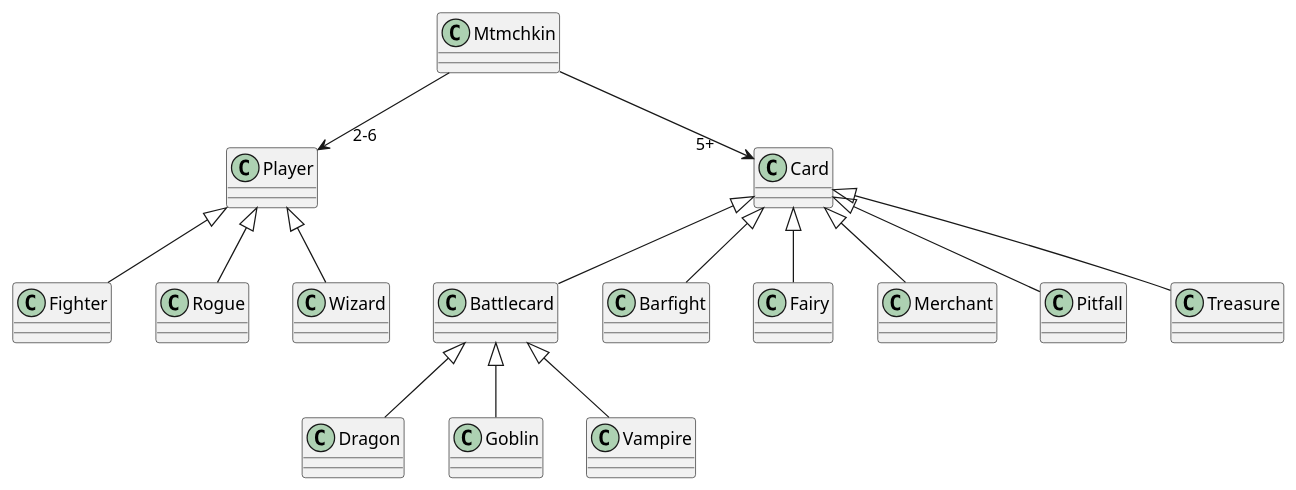
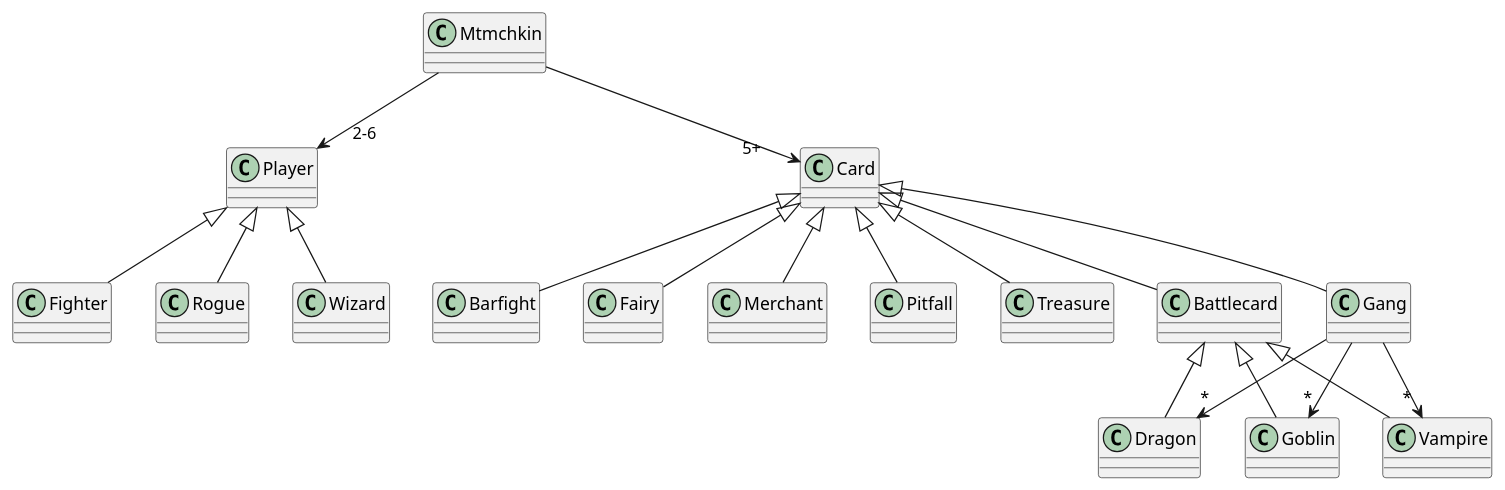
The diagram in uml.puml (KoploNadav/ex4), drawn with PlantUML before and after one commit. The commit also changed 2 other files, not shown here.

```diff
--- a/uml.puml
+++ b/uml.puml
@@ -1,37 +1,43 @@
 @startuml MTMCHKIN
 
 class Player
 class Fighter
 class Rogue
 class Wizard
 
 Player <|-- Fighter
 Player <|-- Rogue
 Player <|-- Wizard
 
 class Card
 class Battlecard
 class Barfight
 class Dragon
 class Fairy
 class Goblin
 class Merchant
 class Pitfall
 class Treasure
 class Vampire
+class Gang
 
 Card <|-- Battlecard
 Card <|-- Barfight
 Card <|-- Fairy
 Card <|-- Merchant
 Card <|-- Pitfall
 Card <|-- Treasure
+Card <|-- Gang
 Battlecard <|-- Dragon
 Battlecard <|-- Goblin
 Battlecard <|-- Vampire
+
+Gang --> "*" Dragon
+Gang --> "*" Goblin
+Gang --> "           *" Vampire
 
 class Mtmchkin
 Mtmchkin --> "      2-6" Player
 Mtmchkin --> "5+       " Card
 
 @enduml
```
